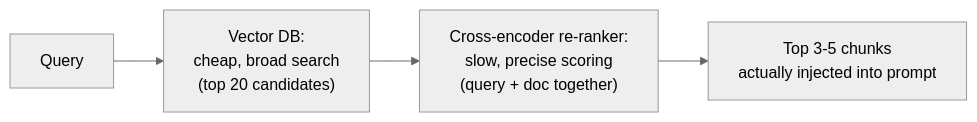
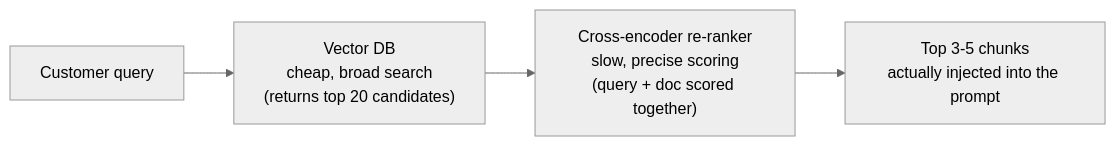
Before and after one commit to riyaz-pasha/Learnings: the fourth of 13 diagrams in system-design/HLD/0-course/44-Design-a-LLM-Customer-Support-Bot-FAANG-Guide-story.md, drawn with Mermaid (neutral theme). The commit also changed other lines of this file and 1 other file, not shown here.

Commit message:
[REWRITE] LLM Customer Support Bot story guide: simplify prose, add structure, fix diagrams

````diff
--- a/system-design/HLD/0-course/44-Design-a-LLM-Customer-Support-Bot-FAANG-Guide-story.md
+++ b/system-design/HLD/0-course/44-Design-a-LLM-Customer-Support-Bot-FAANG-Guide-story.md
@@ -89,6 +233,9 @@
 ```mermaid
 flowchart LR
-    Q["Query"] --> VDB["Vector DB:\ncheap, broad search\n(top 20 candidates)"]
-    VDB --> RR["Cross-encoder re-ranker:\nslow, precise scoring\n(query + doc together)"]
-    RR --> TOP["Top 3-5 chunks\nactually injected into prompt"]
+    Q["Customer query"]
+    VDB["Vector DB<br/>cheap, broad search<br/>(returns top 20 candidates)"]
+    RR["Cross-encoder re-ranker<br/>slow, precise scoring<br/>(query + doc scored together)"]
+    TOP["Top 3-5 chunks<br/>actually injected into the prompt"]
+
+    Q --> VDB --> RR --> TOP
 ```
````
